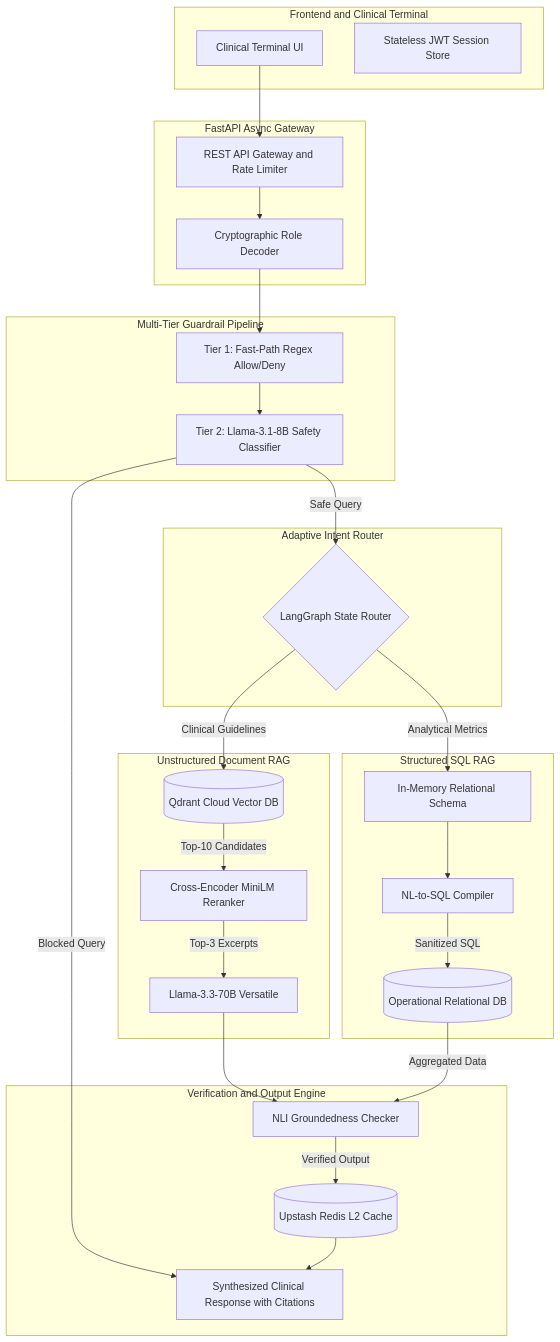
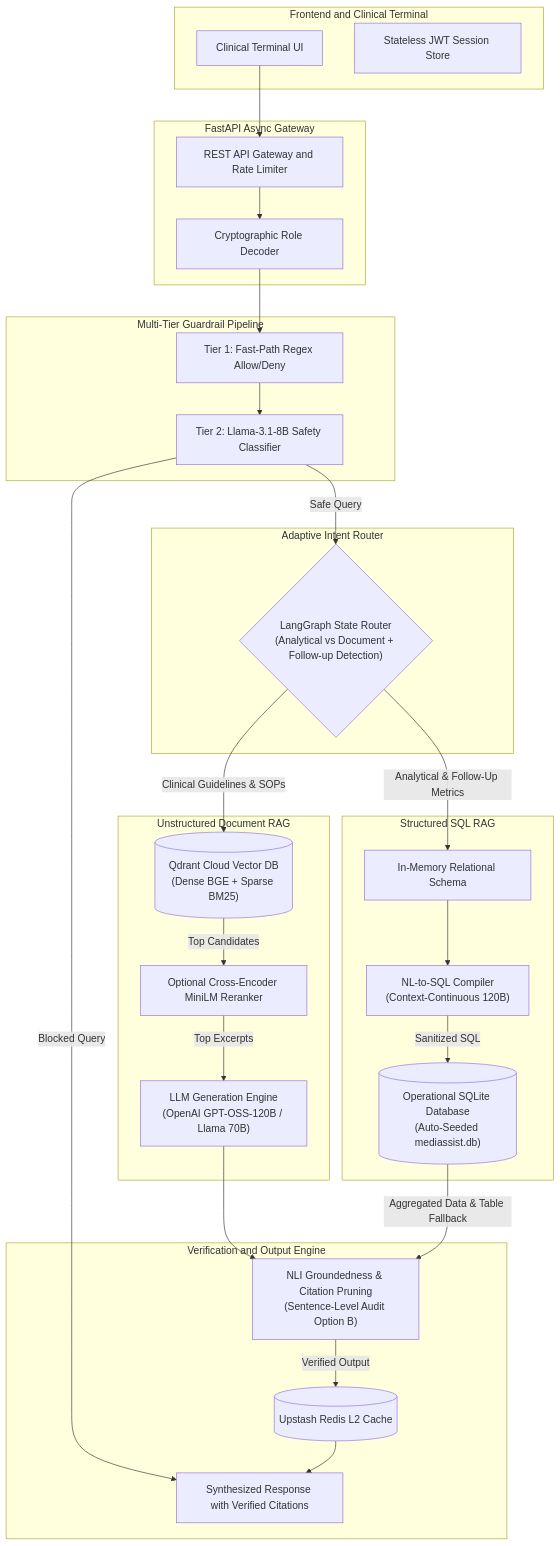
One commit to barbadikaramey-cloud/Mediboat changed the first of 5 diagrams in README.md. Above: the diagram before and after it, drawn with Mermaid. The commit also changed other lines of this file, not shown here.

Commit message:
docs: update README with Render deployment, model routing, context continuity, and memory optimizations

````diff
--- a/README.md
+++ b/README.md
@@ -45,59 +35,59 @@
 ```mermaid
 flowchart TD
     subgraph ClientLayer["Frontend and Clinical Terminal"]
         UI["Clinical Terminal UI"]
         AUTH["Stateless JWT Session Store"]
     end
 
     subgraph APIGateway["FastAPI Async Gateway"]
         GW["REST API Gateway and Rate Limiter"]
         JWT["Cryptographic Role Decoder"]
     end
 
     subgraph Guardrails["Multi-Tier Guardrail Pipeline"]
         IG["Tier 1: Fast-Path Regex Allow/Deny"]
         CL["Tier 2: Llama-3.1-8B Safety Classifier"]
     end
 
     subgraph RouterEngine["Adaptive Intent Router"]
-        ROUTER{"LangGraph State Router"}
+        ROUTER{"LangGraph State Router<br/>(Analytical vs Document + Follow-up Detection)"}
     end
 
     subgraph RetrievalEngine["Unstructured Document RAG"]
-        QDRANT[("Qdrant Cloud Vector DB")]
-        CE["Cross-Encoder MiniLM Reranker"]
-        DOC_LLM["Llama-3.3-70B Versatile"]
+        QDRANT[("Qdrant Cloud Vector DB<br/>(Dense BGE + Sparse BM25)")]
+        CE["Optional Cross-Encoder MiniLM Reranker"]
+        DOC_LLM["LLM Generation Engine<br/>(OpenAI GPT-OSS-120B / Llama 70B)"]
     end
 
     subgraph AnalyticalEngine["Structured SQL RAG"]
         SCHEMA["In-Memory Relational Schema"]
-        SQL_GEN["NL-to-SQL Compiler"]
-        SQLITE[("Operational Relational DB")]
+        SQL_GEN["NL-to-SQL Compiler<br/>(Context-Continuous 120B)"]
+        SQLITE[("Operational SQLite Database<br/>(Auto-Seeded mediassist.db)")]
     end
 
     subgraph VerificationEngine["Verification and Output Engine"]
-        OG["NLI Groundedness Checker"]
+        OG["NLI Groundedness & Citation Pruning<br/>(Sentence-Level Audit Option B)"]
         CACHE[("Upstash Redis L2 Cache")]
-        OUT["Synthesized Clinical Response with Citations"]
+        OUT["Synthesized Response with Verified Citations"]
     end
 
     UI --> GW
     GW --> JWT
     JWT --> IG
     IG --> CL
     CL -->|Safe Query| ROUTER
     CL -->|Blocked Query| OUT
 
-    ROUTER -->|Clinical Guidelines| QDRANT
-    QDRANT -->|Top-10 Candidates| CE
-    CE -->|Top-3 Excerpts| DOC_LLM
+    ROUTER -->|Clinical Guidelines & SOPs| QDRANT
+    QDRANT -->|Top Candidates| CE
+    CE -->|Top Excerpts| DOC_LLM
     DOC_LLM --> OG
 
-    ROUTER -->|Analytical Metrics| SCHEMA
+    ROUTER -->|Analytical & Follow-Up Metrics| SCHEMA
     SCHEMA --> SQL_GEN
     SQL_GEN -->|Sanitized SQL| SQLITE
-    SQLITE -->|Aggregated Data| OG
+    SQLITE -->|Aggregated Data & Table Fallback| OG
 
     OG -->|Verified Output| CACHE
     CACHE --> OUT
 ```
````
